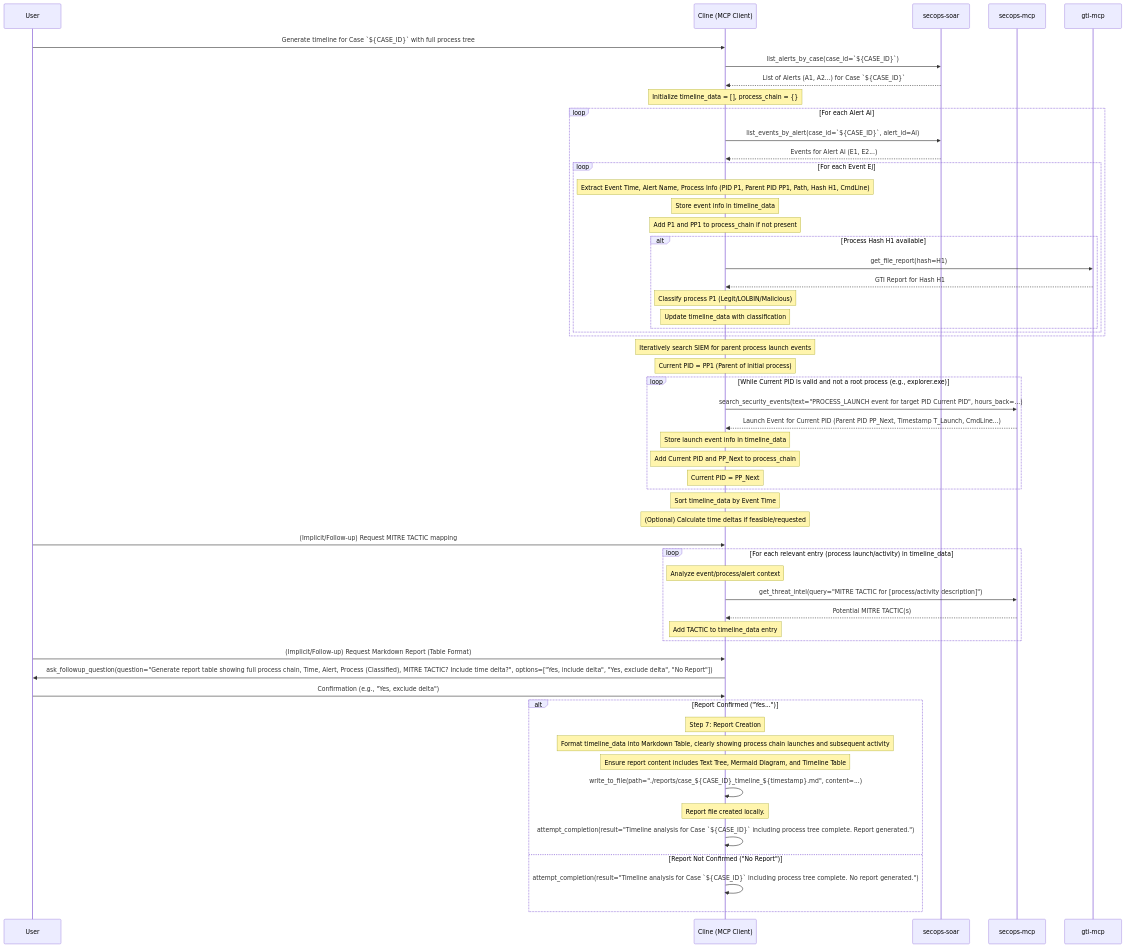
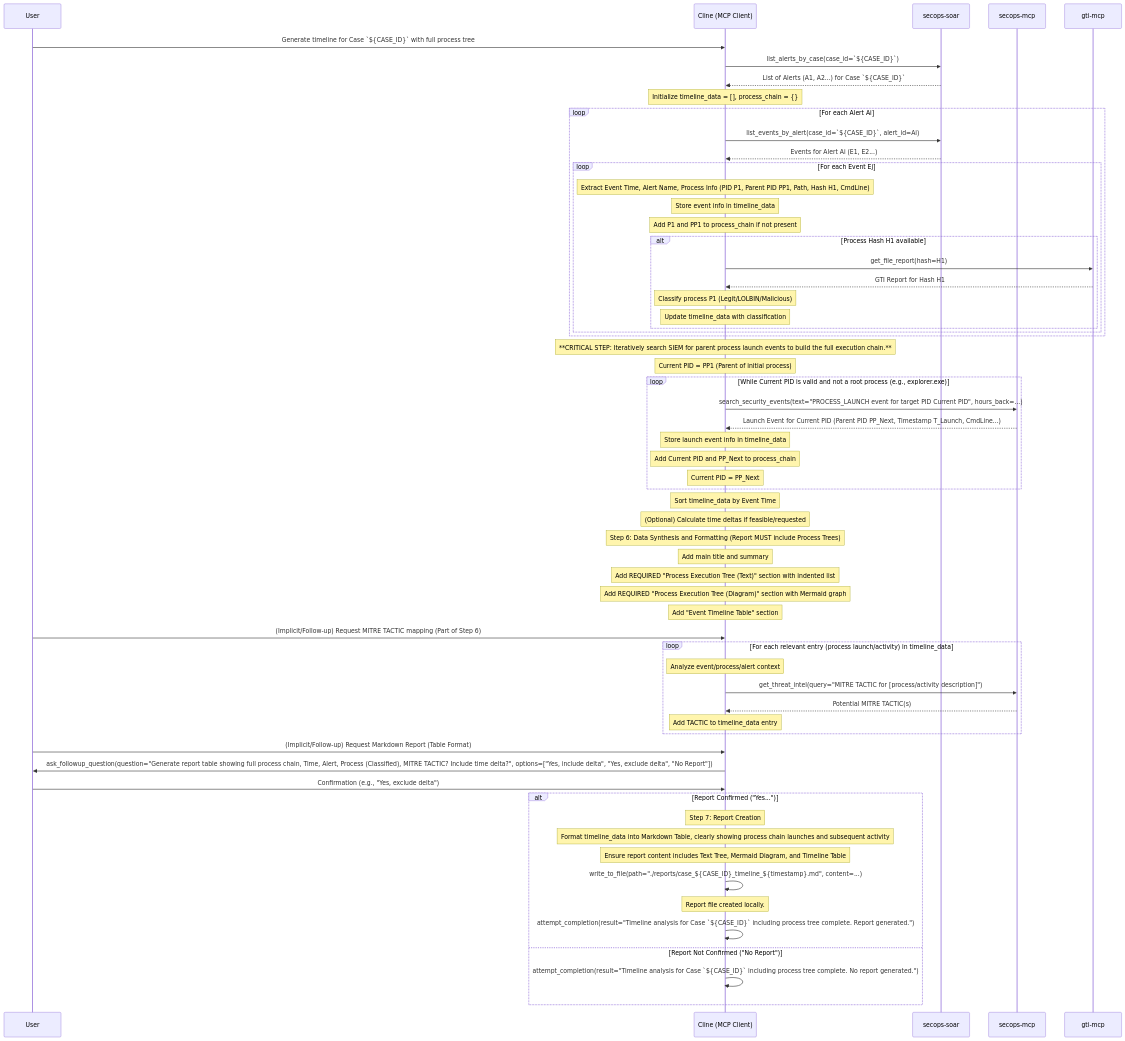
One commit to google/mcp-security changed diagram 12 of 13 in WORKFLOWS.md. Above: the diagram before and after it, drawn with Mermaid.

Commit message:
improve process tree instructions pt4

````diff
--- a/WORKFLOWS.md
+++ b/WORKFLOWS.md
@@ -919,66 +918,72 @@
 ```{mermaid}
 sequenceDiagram
     participant User
     participant Cline as Cline (MCP Client)
     participant SOAR as secops-soar
     participant SIEM as secops-mcp
     participant GTI as gti-mcp
 
     User->>Cline: Generate timeline for Case `${CASE_ID}` with full process tree
     Cline->>SOAR: list_alerts_by_case(case_id=`${CASE_ID}`)
     SOAR-->>Cline: List of Alerts (A1, A2...) for Case `${CASE_ID}`
 
     Note over Cline: Initialize timeline_data = [], process_chain = {}
     loop For each Alert Ai
         Cline->>SOAR: list_events_by_alert(case_id=`${CASE_ID}`, alert_id=Ai)
         SOAR-->>Cline: Events for Alert Ai (E1, E2...)
         loop For each Event Ej
             Note over Cline: Extract Event Time, Alert Name, Process Info (PID P1, Parent PID PP1, Path, Hash H1, CmdLine)
             Note over Cline: Store event info in timeline_data
             Note over Cline: Add P1 and PP1 to process_chain if not present
             alt Process Hash H1 available
                 Cline->>GTI: get_file_report(hash=H1)
                 GTI-->>Cline: GTI Report for Hash H1
                 Note over Cline: Classify process P1 (Legit/LOLBIN/Malicious)
                 Note over Cline: Update timeline_data with classification
             end
         end
     end
 
-    Note over Cline: Iteratively search SIEM for parent process launch events
+    Note over Cline: **CRITICAL STEP: Iteratively search SIEM for parent process launch events to build the full execution chain.**
     Note over Cline: Current PID = PP1 (Parent of initial process)
     loop While Current PID is valid and not a root process (e.g., explorer.exe)
         Cline->>SIEM: search_security_events(text="PROCESS_LAUNCH event for target PID Current PID", hours_back=...)
         SIEM-->>Cline: Launch Event for Current PID (Parent PID PP_Next, Timestamp T_Launch, CmdLine...)
         Note over Cline: Store launch event info in timeline_data
         Note over Cline: Add Current PID and PP_Next to process_chain
         Note over Cline: Current PID = PP_Next
     end
 
     Note over Cline: Sort timeline_data by Event Time
     Note over Cline: (Optional) Calculate time deltas if feasible/requested
 
-    User->>Cline: (Implicit/Follow-up) Request MITRE TACTIC mapping
+    Note over Cline: Step 6: Data Synthesis and Formatting (Report MUST include Process Trees)
+    Note over Cline: Add main title and summary
+    Note over Cline: Add REQUIRED "Process Execution Tree (Text)" section with indented list
+    Note over Cline: Add REQUIRED "Process Execution Tree (Diagram)" section with Mermaid graph
+    Note over Cline: Add "Event Timeline Table" section
+
+    User->>Cline: (Implicit/Follow-up) Request MITRE TACTIC mapping (Part of Step 6)
     loop For each relevant entry (process launch/activity) in timeline_data
         Note over Cline: Analyze event/process/alert context
         Cline->>SIEM: get_threat_intel(query="MITRE TACTIC for [process/activity description]")
         SIEM-->>Cline: Potential MITRE TACTIC(s)
         Note over Cline: Add TACTIC to timeline_data entry
     end
 
     User->>Cline: (Implicit/Follow-up) Request Markdown Report (Table Format)
     Cline->>User: ask_followup_question(question="Generate report table showing full process chain, Time, Alert, Process (Classified), MITRE TACTIC? Include time delta?", options=["Yes, include delta", "Yes, exclude delta", "No Report"])
     User->>Cline: Confirmation (e.g., "Yes, exclude delta")
 
     alt Report Confirmed ("Yes...")
         Note over Cline: Step 7: Report Creation
         Note over Cline: Format timeline_data into Markdown Table, clearly showing process chain launches and subsequent activity
         Note over Cline: Ensure report content includes Text Tree, Mermaid Diagram, and Timeline Table
         Cline->>Cline: write_to_file(path="./reports/case_${CASE_ID}_timeline_${timestamp}.md", content=...)
         Note over Cline: Report file created locally.
         Cline->>Cline: attempt_completion(result="Timeline analysis for Case `${CASE_ID}` including process tree complete. Report generated.")
     else Report Not Confirmed ("No Report")
         Cline->>Cline: attempt_completion(result="Timeline analysis for Case `${CASE_ID}` including process tree complete. No report generated.")
     end
 
 ```
````
